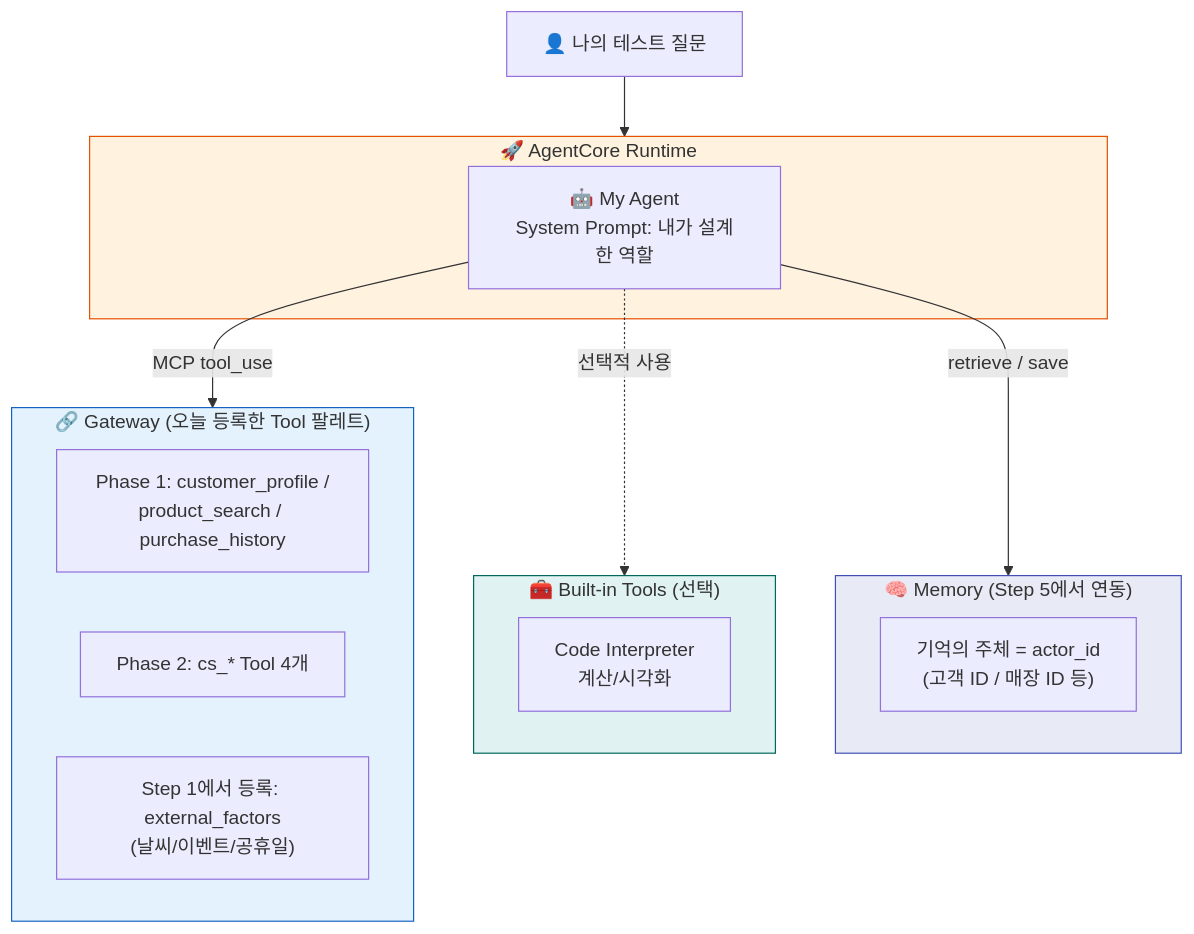
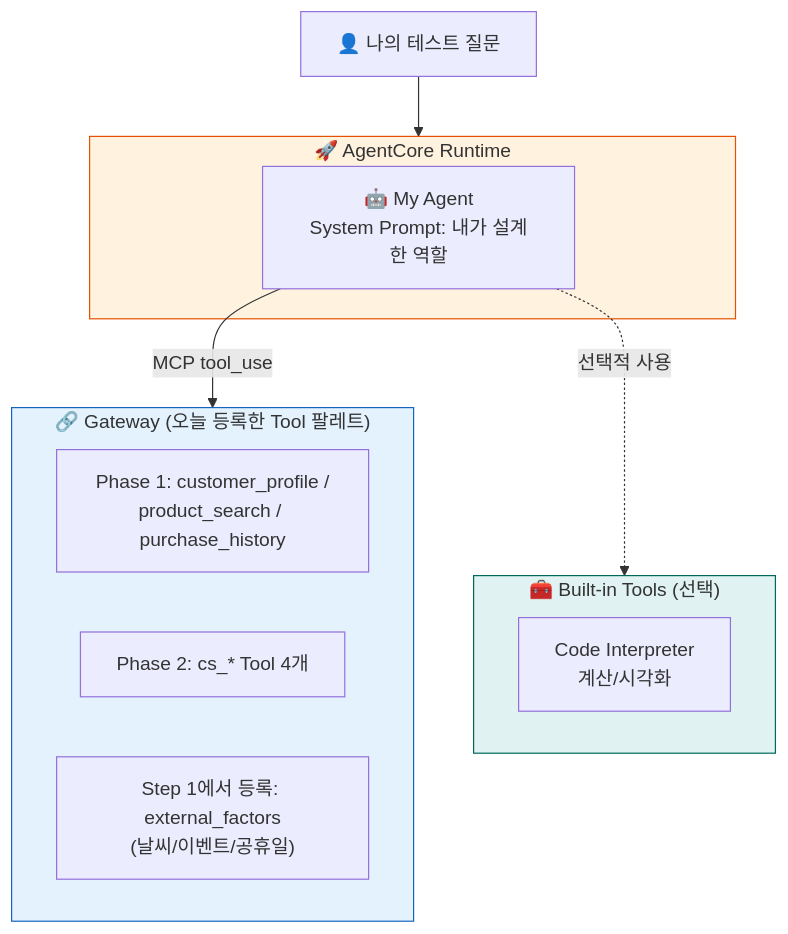
One commit to kjhyuok/rcg-agentcore-workshop-guide changed the diagram in docs/phase3/index.md. Above: the diagram before and after it, drawn with Mermaid. The commit also changed other lines of this file and 7 other files, not shown here.

First line of the commit message:
docs(phase3): Memory Step 제거 + 아레나 제출 Step 추가 + 두 갈래 경로 안내

````diff
--- a/docs/phase3/index.md
+++ b/docs/phase3/index.md
@@ -32,32 +71,26 @@
 ```mermaid
 graph TB
     U["👤 나의 테스트 질문"]
 
     subgraph RT["🚀 AgentCore Runtime"]
         AG["🤖 My Agent<br/>System Prompt: 내가 설계한 역할"]
     end
 
     subgraph GW["🔗 Gateway (오늘 등록한 Tool 팔레트)"]
         T1["Phase 1: customer_profile /<br/>product_search / purchase_history"]
         T2["Phase 2: cs_* Tool 4개"]
         T3["Step 1에서 등록: external_factors<br/>(날씨/이벤트/공휴일)"]
     end
 
     subgraph BI["🧰 Built-in Tools (선택)"]
         CI["Code Interpreter<br/>계산/시각화"]
     end
 
-    subgraph ME["🧠 Memory (Step 5에서 연동)"]
-        MR["기억의 주체 = actor_id<br/>(고객 ID / 매장 ID 등)"]
-    end
-
     U --> RT
     AG -->|MCP tool_use| GW
     AG -.->|선택적 사용| BI
-    AG -->|retrieve / save| ME
 
     style RT fill:#fff3e0,stroke:#e65100
     style GW fill:#e3f2fd,stroke:#1565c0
     style BI fill:#e0f2f1,stroke:#00695c
-    style ME fill:#e8eaf6,stroke:#3f51b5
 ```
````
